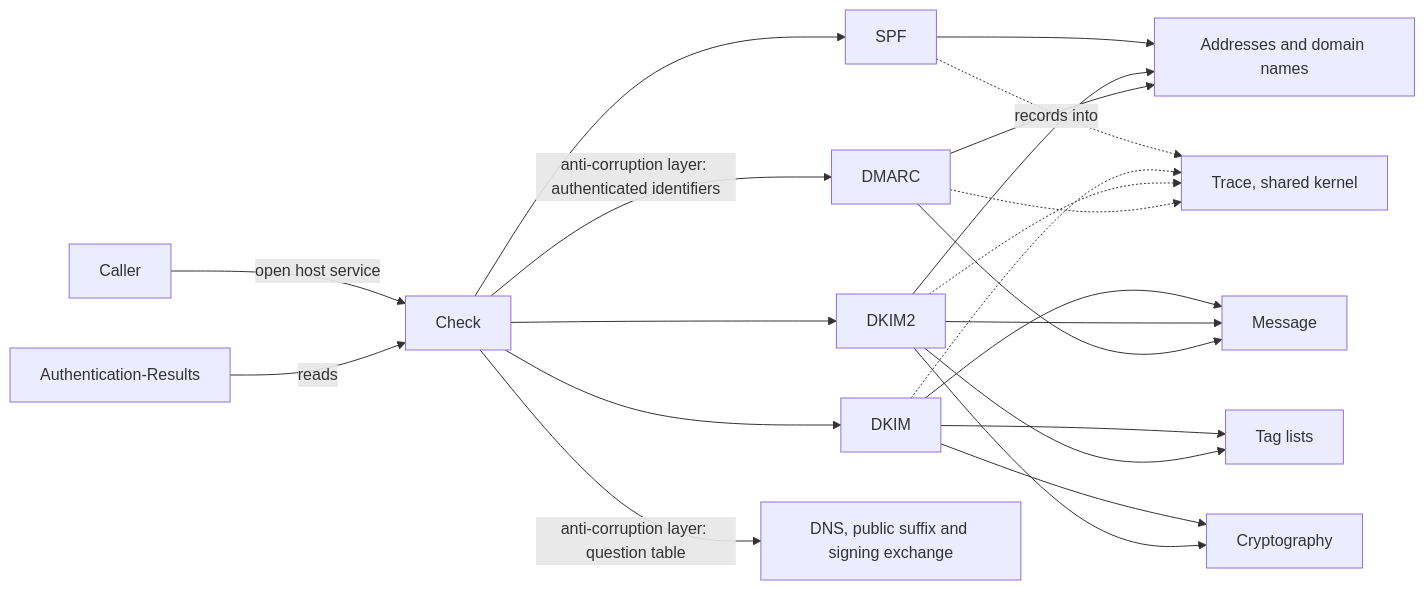
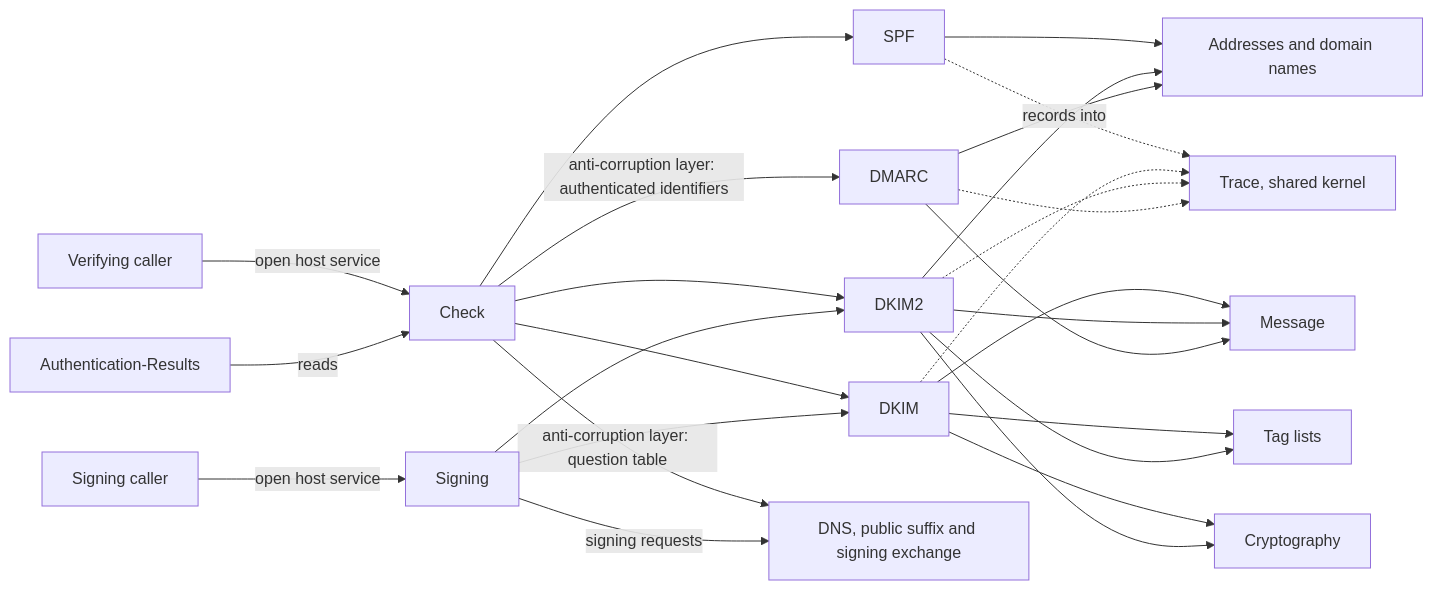
The first of 7 diagrams in docs/reference/design/domain-model.md (photom/hallmark), drawn with Mermaid before and after one commit. The commit also changed other lines of this file and 48 other files, not shown here.

First line of the commit message:
Give the signing caller its own entry type, Signing, apart from Check (#19)

````diff
--- a/docs/reference/design/domain-model.md
+++ b/docs/reference/design/domain-model.md
@@ -18,24 +19,28 @@
 ```mermaid
 flowchart LR
-    caller["Caller"] -->|"open host service"| check["Check"]
+    caller["Verifying caller"] -->|"open host service"| check["Check"]
+    signingCaller["Signing caller"] -->|"open host service"| signing["Signing"]
     check --> spf["SPF"]
     check --> dkim["DKIM"]
     check --> dkim2["DKIM2"]
     check -->|"anti-corruption layer: authenticated identifiers"| dmarc["DMARC"]
     check -->|"anti-corruption layer: question table"| exchange["DNS, public suffix and signing exchange"]
+    signing --> dkim
+    signing --> dkim2
+    signing -->|"signing requests"| exchange
     spf --> addr["Addresses and domain names"]
     dkim --> msg["Message"]
     dkim --> tags["Tag lists"]
     dkim --> crypto["Cryptography"]
     dkim2 --> msg
     dkim2 --> addr
     dkim2 --> tags
     dkim2 --> crypto
     dmarc --> msg
     dmarc --> addr
     authres["Authentication-Results"] -->|"reads"| check
     spf -.->|"records into"| trace["Trace, shared kernel"]
     dkim -.-> trace
     dkim2 -.-> trace
     dmarc -.-> trace
 ```
````
